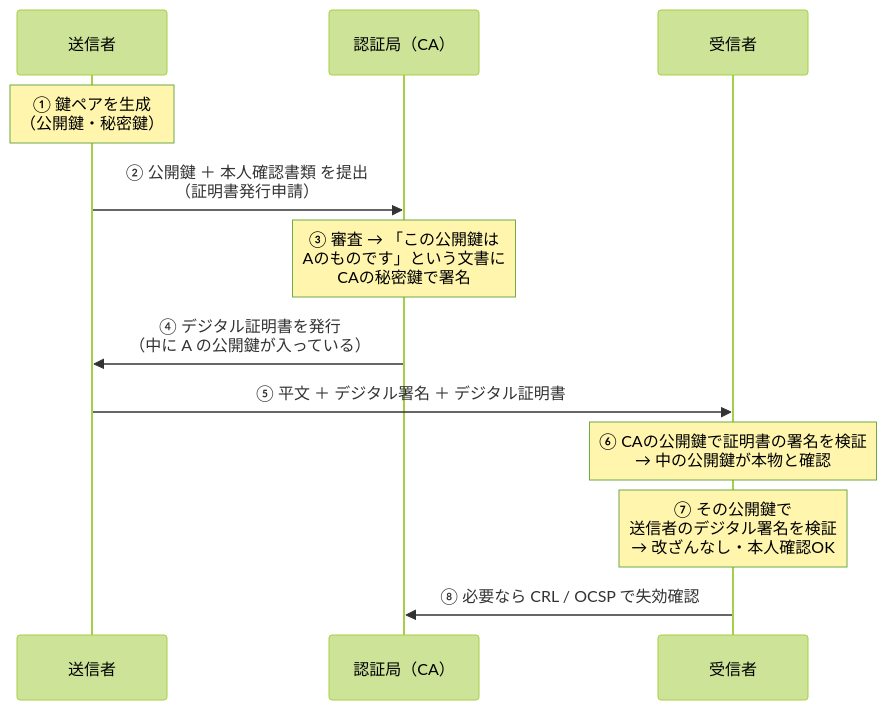
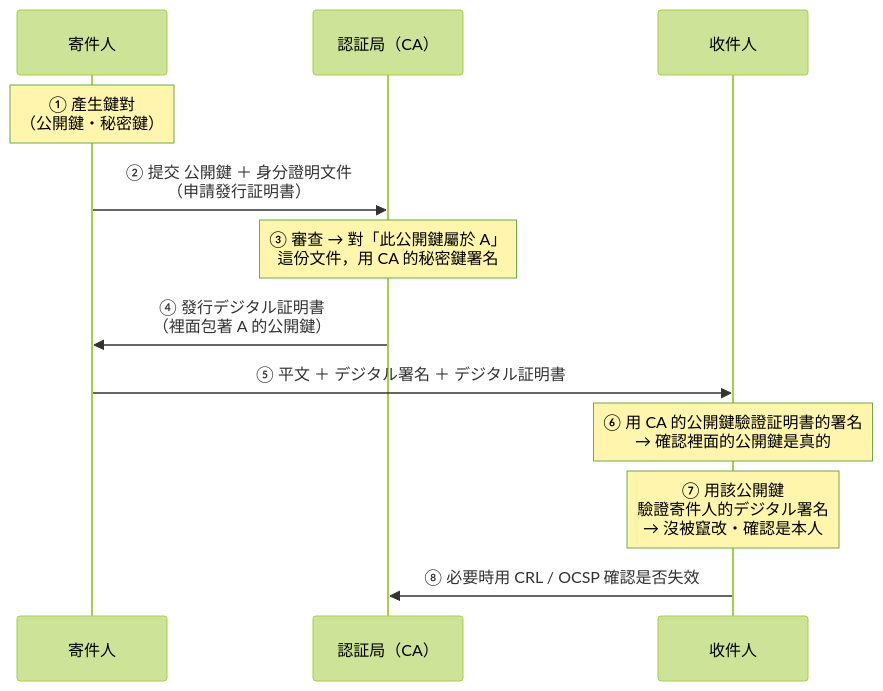
One commit to hakudevtw/cert_jp_sg changed the diagram in sg-vocab/ch2-暗号と認証/2-6-PKI・デジタル証明書.md. Above: the diagram before and after it, drawn with Mermaid (forest theme). The commit also changed other lines of this file and 29 other files, not shown here.

````diff
--- a/sg-vocab/ch2-暗号と認証/2-6-PKI・デジタル証明書.md
+++ b/sg-vocab/ch2-暗号と認証/2-6-PKI・デジタル証明書.md
@@ -43,14 +92,14 @@
 ```mermaid
 sequenceDiagram
-    participant A as 送信者
+    participant A as 寄件人
     participant CA as 認証局（CA）
-    participant B as 受信者
-    Note over A: ① 鍵ペアを生成<br/>（公開鍵・秘密鍵）
-    A->>CA: ② 公開鍵 ＋ 本人確認書類 を提出<br/>（証明書発行申請）
-    Note over CA: ③ 審査 → 「この公開鍵は<br/>Aのものです」という文書に<br/>CAの秘密鍵で署名
-    CA->>A: ④ デジタル証明書を発行<br/>（中に A の公開鍵が入っている）
+    participant B as 收件人
+    Note over A: ① 產生鍵對<br/>（公開鍵・秘密鍵）
+    A->>CA: ② 提交 公開鍵 ＋ 身分證明文件<br/>（申請發行証明書）
+    Note over CA: ③ 審查 → 對「此公開鍵屬於 A」<br/>這份文件，用 CA 的秘密鍵署名
+    CA->>A: ④ 發行デジタル証明書<br/>（裡面包著 A 的公開鍵）
     A->>B: ⑤ 平文 ＋ デジタル署名 ＋ デジタル証明書
-    Note over B: ⑥ CAの公開鍵で証明書の署名を検証<br/>→ 中の公開鍵が本物と確認
-    Note over B: ⑦ その公開鍵で<br/>送信者のデジタル署名を検証<br/>→ 改ざんなし・本人確認OK
-    B->>CA: ⑧ 必要なら CRL / OCSP で失効確認
+    Note over B: ⑥ 用 CA 的公開鍵驗證証明書的署名<br/>→ 確認裡面的公開鍵是真的
+    Note over B: ⑦ 用該公開鍵<br/>驗證寄件人的デジタル署名<br/>→ 沒被竄改・確認是本人
+    B->>CA: ⑧ 必要時用 CRL / OCSP 確認是否失效
 ```
````
